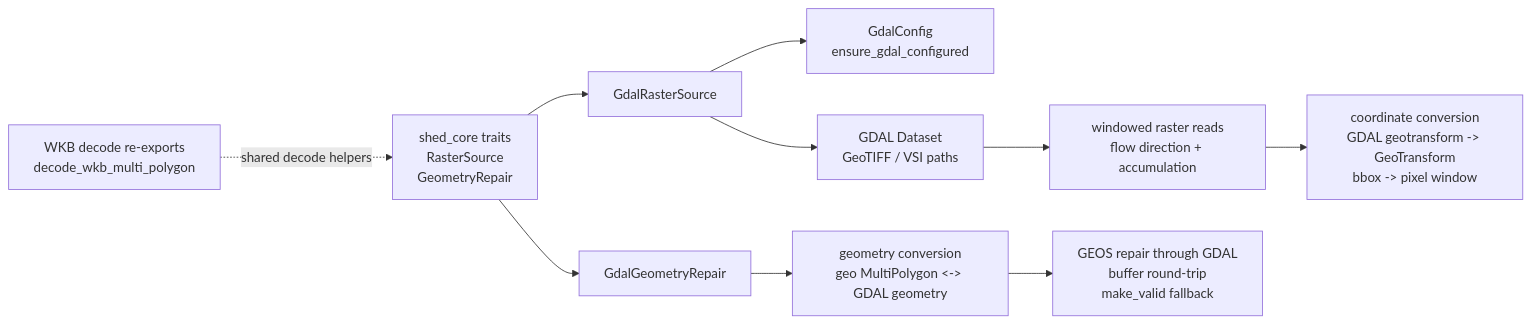
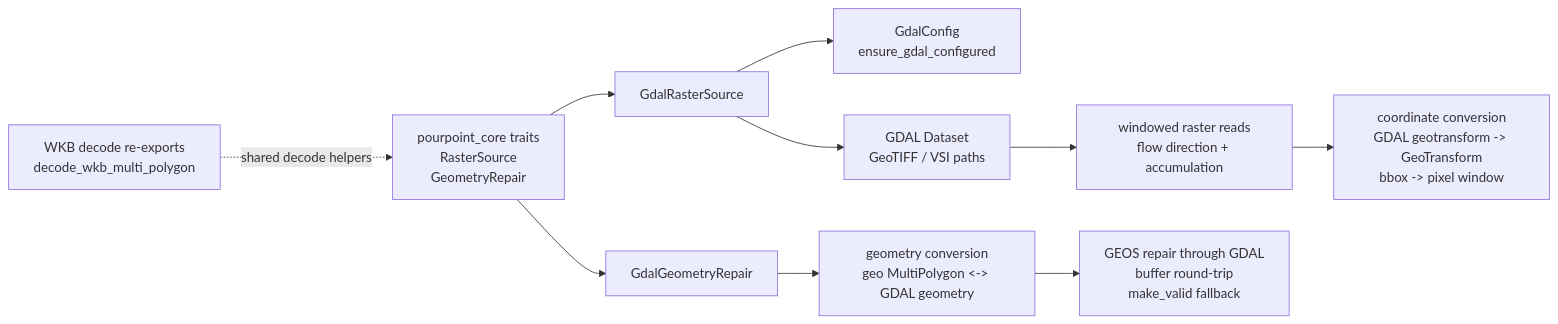
Before and after one commit to CooperBigFoot/pourpoint: the diagram in crates/gdal/README.md, drawn with Mermaid. The commit also changed other lines of this file and 31 other files, not shown here.

````diff
--- a/crates/gdal/README.md
+++ b/crates/gdal/README.md
@@ -9,23 +9,23 @@
 ```mermaid
 flowchart LR
-    core_traits[shed_core traits\nRasterSource\nGeometryRepair]
+    core_traits[pourpoint_core traits\nRasterSource\nGeometryRepair]
     raster_impl[GdalRasterSource]
     repair_impl[GdalGeometryRepair]
     config[GdalConfig\nensure_gdal_configured]
     dataset[GDAL Dataset\nGeoTIFF / VSI paths]
     windows[windowed raster reads\nflow direction + accumulation]
     transform[coordinate conversion\nGDAL geotransform -> GeoTransform\nbbox -> pixel window]
     geometry[geometry conversion\ngeo MultiPolygon <-> GDAL geometry]
     geos[GEOS repair through GDAL\nbuffer round-trip\nmake_valid fallback]
     wkb[WKB decode re-exports\ndecode_wkb_multi_polygon]
 
     core_traits --> raster_impl
     core_traits --> repair_impl
     raster_impl --> config
     raster_impl --> dataset
     dataset --> windows
     windows --> transform
     repair_impl --> geometry
     geometry --> geos
     wkb -.shared decode helpers.-> core_traits
 ```
````
